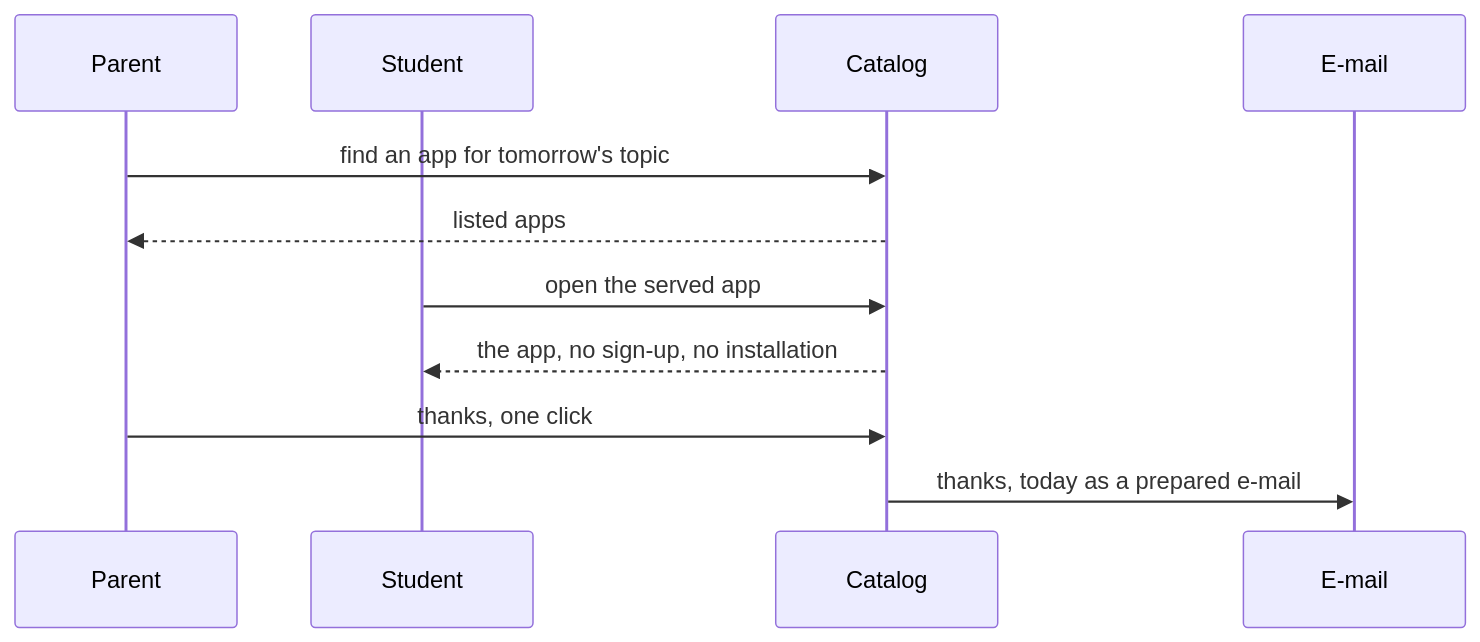
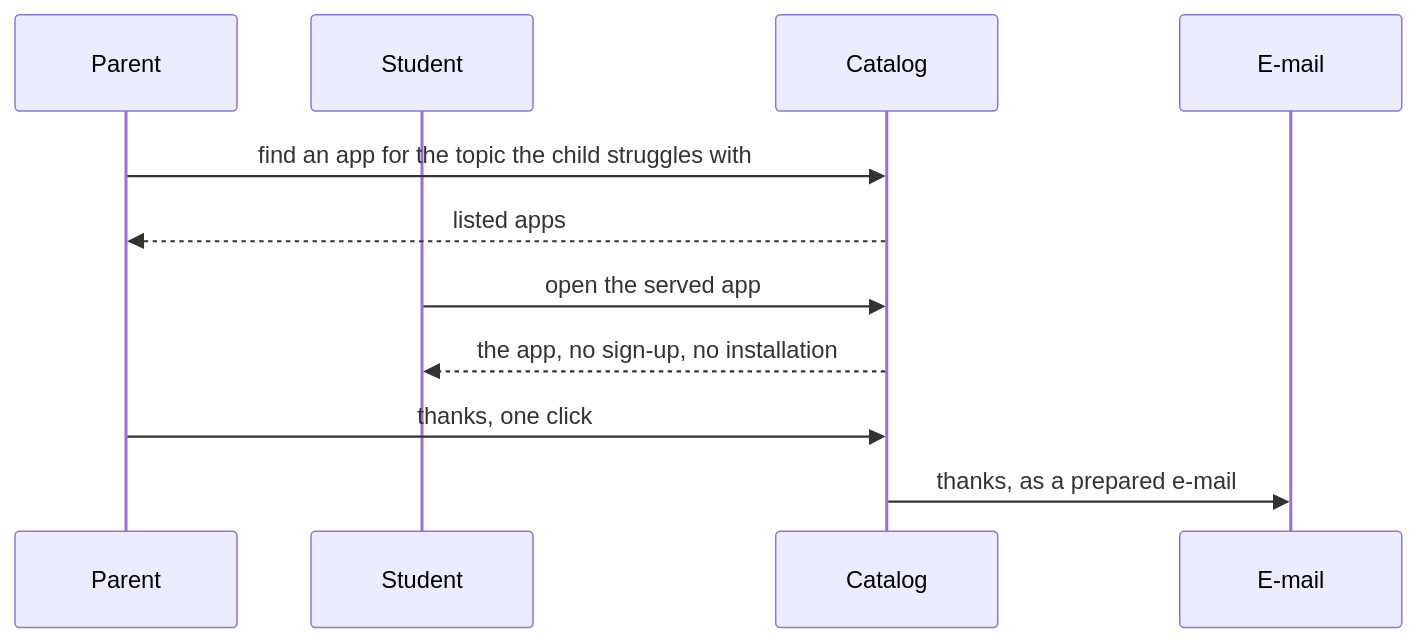
The second of 6 diagrams in docs/arc42/06-runtime-view.arc42.md (lernapps/docs), drawn with Mermaid before and after one commit. The commit also changed other lines of this file and 20 other files, not shown here.

````diff
--- a/docs/arc42/06-runtime-view.arc42.md
+++ b/docs/arc42/06-runtime-view.arc42.md
@@ -72,13 +72,13 @@
 ```mermaid
 sequenceDiagram
     participant parent as Parent
     participant student as Student
     participant catalog as Catalog
     participant mail as E-mail
-    parent->>catalog: find an app for tomorrow's topic
+    parent->>catalog: find an app for the topic the child struggles with
     catalog-->>parent: listed apps
     student->>catalog: open the served app
     catalog-->>student: the app, no sign-up, no installation
     parent->>catalog: thanks, one click
-    catalog->>mail: thanks, today as a prepared e-mail
+    catalog->>mail: thanks, as a prepared e-mail
 ```
````
